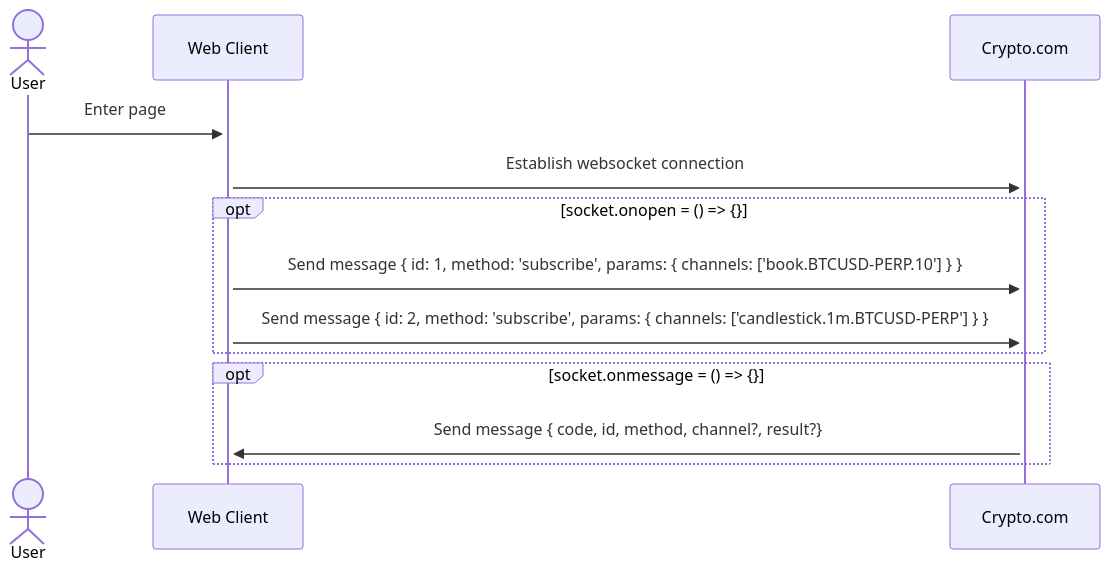
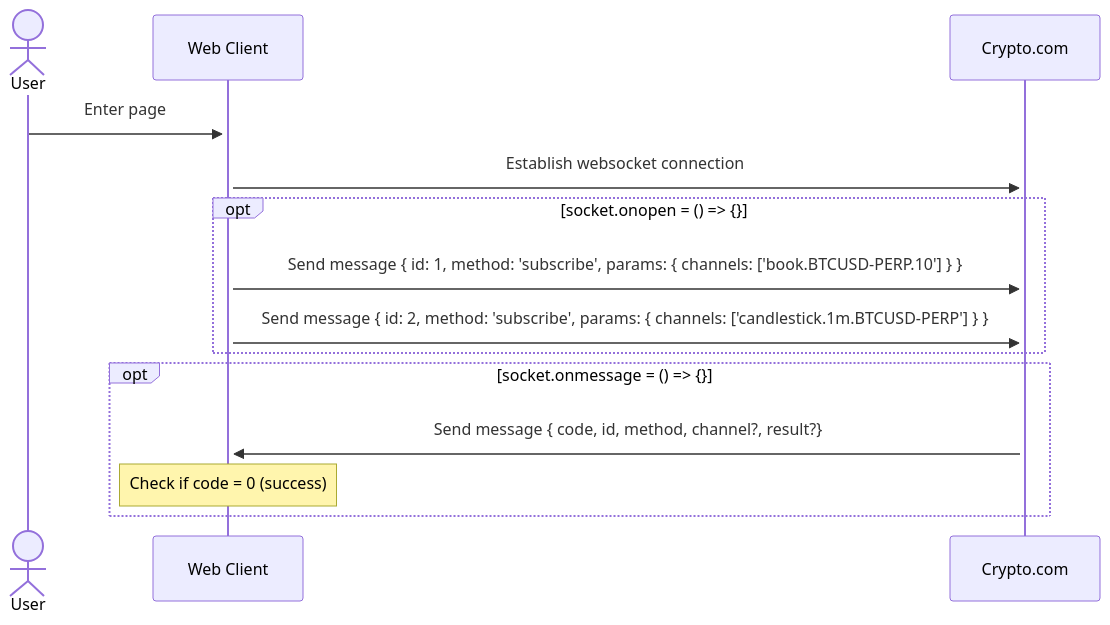
One commit to YuAnWu0000/cryptoExchange changed the diagram in README.md. Above: the diagram before and after it, drawn with Mermaid.

Commit message:
UPDATE: Websocket flow chart in README.md

````diff
--- a/README.md
+++ b/README.md
@@ -11,16 +11,17 @@
 ```mermaid
 sequenceDiagram
   actor User
   participant Web Client
   participant Crypto.com
   User ->>+ Web Client: Enter page
   Web Client ->>+ Crypto.com: Establish websocket connection
   opt socket.onopen = () => {}
   Web Client->>+ Crypto.com: Send message { id: 1, method: 'subscribe', params: { channels: ['book.BTCUSD-PERP.10'] } }
   Web Client->>+ Crypto.com: Send message { id: 2, method: 'subscribe', params: { channels: ['candlestick.1m.BTCUSD-PERP'] } }
   end
   opt socket.onmessage = () => {}
   Crypto.com->>+ Web Client: Send message { code, id, method, channel?, result?}
+  Note over Web Client: Check if code = 0 (success)
 
   end
 ```
````
